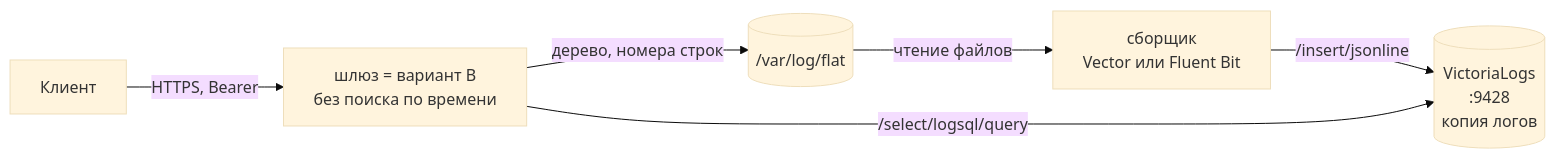
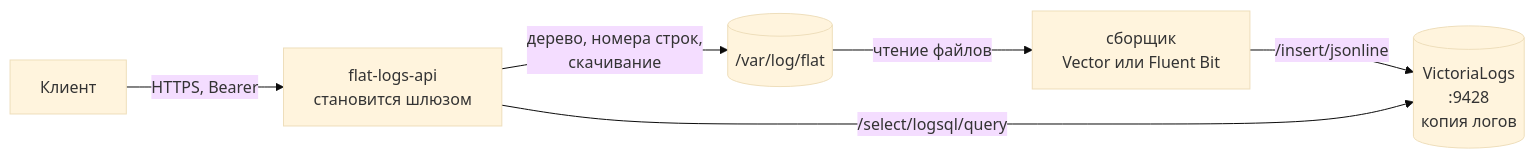
Before and after one commit to Jlenin/Flat_chek: the fifth of 5 diagrams in agent_2/logs/02-design.md, drawn with Mermaid (base theme). The commit also changed other lines of this file and 2 other files, not shown here.

First line of the commit message:
docs(agent_2): log API analysis reworked for the Go service decision

````diff
--- a/agent_2/logs/02-design.md
+++ b/agent_2/logs/02-design.md
@@ -1027,8 +1360,8 @@
 ```mermaid
 flowchart LR
   F[("/var/log/flat")] -->|"чтение файлов"| COL["сборщик<br/>Vector или Fluent Bit"]
   COL -->|"/insert/jsonline"| VL[("VictoriaLogs<br/>:9428<br/>копия логов")]
-  C["Клиент"] -->|"HTTPS, Bearer"| GW["шлюз = вариант B<br/>без поиска по времени"]
+  C["Клиент"] -->|"HTTPS, Bearer"| GW["flat-logs-api<br/>становится шлюзом"]
   GW -->|"/select/logsql/query"| VL
-  GW -->|"дерево, номера строк"| F
+  GW -->|"дерево, номера строк,<br/>скачивание"| F
 ```
````
